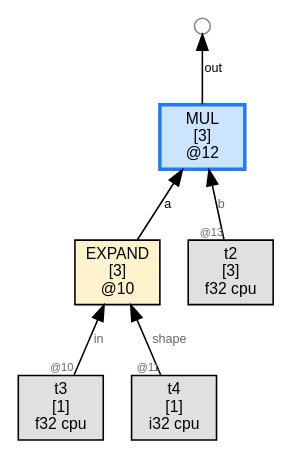
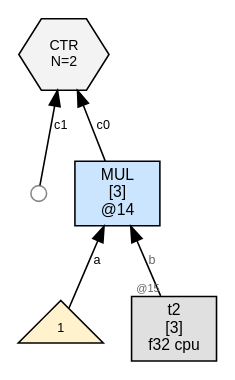
One commit to sw1sh/TinyHVM changed the diagram in wl/examples/thvm_graphs/grad_rules/mul/thvm_2_post_sweep.dot. Above: the diagram before and after it, drawn with Graphviz. The commit also changed 184 other files, not shown here.

First line of the commit message:
grad: NUM(1) seed; CTR consumer; STOP_AFTER_SWEEP; keep ADD intermediate

```diff
--- a/wl/examples/thvm_graphs/grad_rules/mul/thvm_2_post_sweep.dot
+++ b/wl/examples/thvm_graphs/grad_rules/mul/thvm_2_post_sweep.dot
@@ -1,17 +1,15 @@
 digraph G {
   rankdir=BT;
   node [fontname="Helvetica", fontsize=10, style=filled, shape=box, margin="0.1,0.05"];
   edge [fontsize=8, fontname="Helvetica"];
 
-  n12 [label="MUL\n[3]\n@12", shape=box, fillcolor="#cce5ff",color="#1f78ff",penwidth=2.2];
-  n10 -> n12 [label="a"];
+  n14 [label="MUL\n[3]\n@14", shape=box, fillcolor="#cce5ff"];
+  num14_0 [label="1",shape=triangle,fillcolor="#fff2cc",fontsize=8];
+  num14_0 -> n14 [label="a"];
   t2 [label="t2\n[3]\nf32 cpu",shape=box,fillcolor="#e0e0e0"];
-  t2 -> n12 [label="b",taillabel="@13",labelfontsize=7,fontcolor="#666666"];
-  free12_1000 [label="",shape=circle,width=0.14,height=0.14,fixedsize=true,fillcolor="#ffffff",color="#888888",fontsize=1];
-  n12 -> free12_1000 [label="out"];
-  n10 [label="EXPAND\n[3]\n@10", shape=box, fillcolor="#fff3cd"];
-  t3 [label="t3\n[1]\nf32 cpu",shape=box,fillcolor="#e0e0e0"];
-  t3 -> n10 [label="in",taillabel="@10",labelfontsize=7,fontcolor="#666666"];
-  t4 [label="t4\n[1]\ni32 cpu",shape=box,fillcolor="#e0e0e0"];
-  t4 -> n10 [label="shape",taillabel="@11",labelfontsize=7,fontcolor="#666666"];
+  t2 -> n14 [label="b",taillabel="@15",labelfontsize=7,fontcolor="#666666"];
+  ctr7 [label="CTR\nN=2", shape=hexagon, fillcolor="#f3f3f3", fontsize=9];
+  n14 -> ctr7 [label="c0"];
+  free7_1 [label="",shape=circle,width=0.14,height=0.14,fixedsize=true,fillcolor="#ffffff",color="#888888",fontsize=1];
+  free7_1 -> ctr7 [label="c1"];
 }
```
